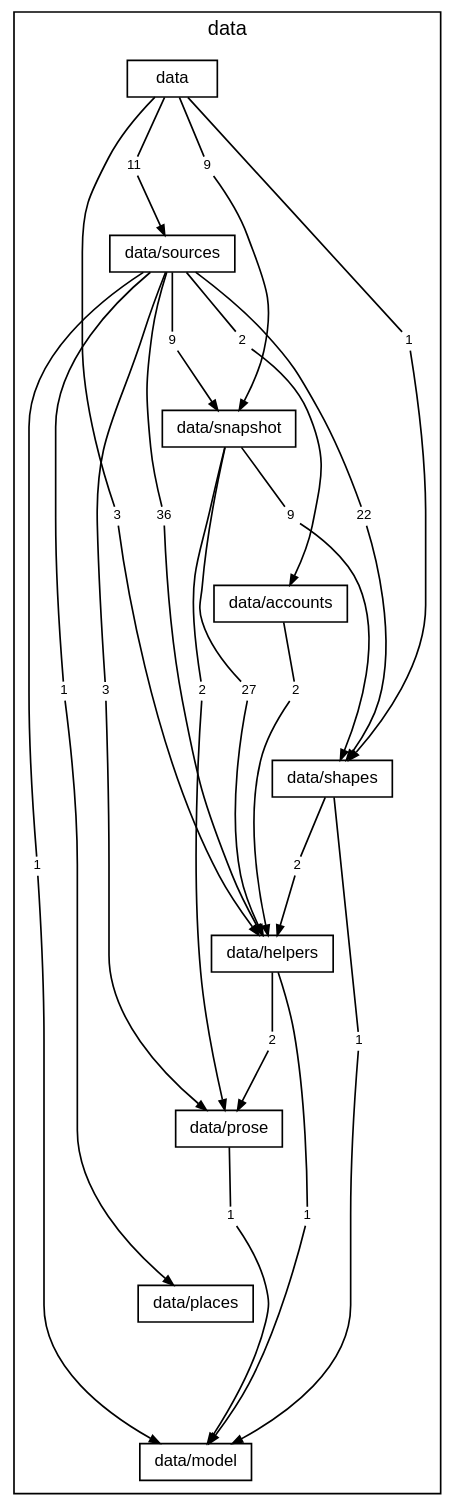
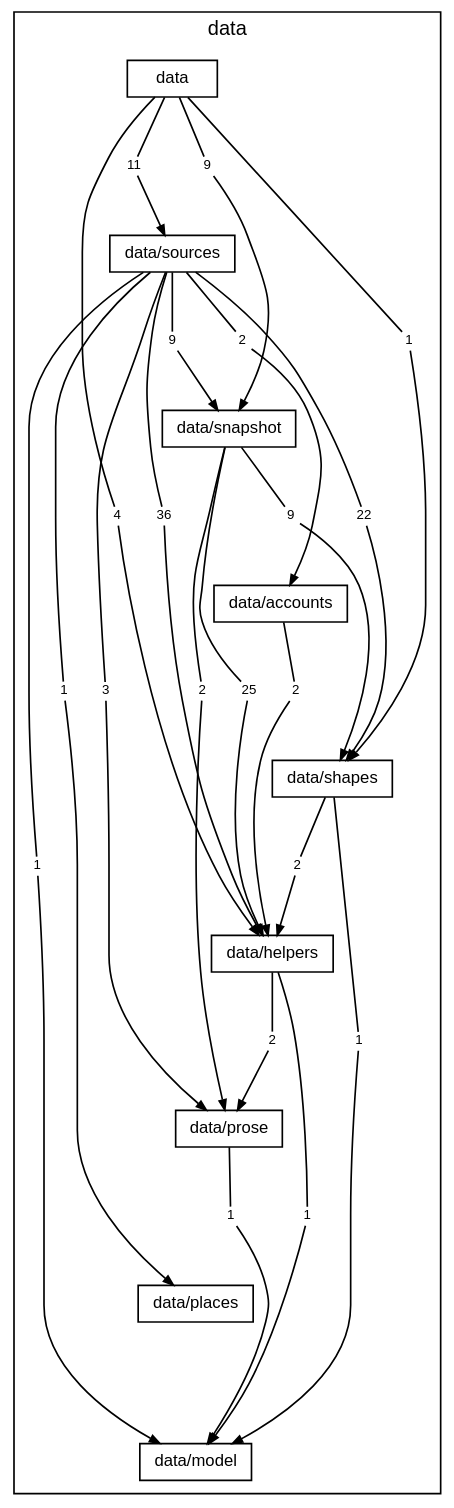
Before and after one commit to TheAxeC/oculus: the diagram in docs/diagrams/layer-data.dot, drawn with Graphviz. The commit also changed 464 other files, not shown here.

```diff
--- a/docs/diagrams/layer-data.dot
+++ b/docs/diagrams/layer-data.dot
@@ -1,85 +1,85 @@
 digraph layer_data {
     graph [bgcolor="transparent", rankdir=TB, newrank=true, mclimit=4, fontname="Helvetica,Arial,sans-serif", fontsize=12, nodesep=0.2, ranksep=0.5];
     node [shape=box, color="black", fontcolor="black", fontname="Helvetica,Arial,sans-serif", fontsize=10, height=0.3, margin="0.12,0.04"];
     edge [color="black", fontcolor="black", fontname="Helvetica,Arial,sans-serif", fontsize=8, arrowsize=0.6];
     subgraph "cluster_data" {
         label="data"; style=solid;
         "folder data" [label="data"];
         "folder data/sources" [label="data/sources"];
         "folder data/snapshot" [label="data/snapshot"];
         "folder data/accounts" [label="data/accounts"];
         "folder data/shapes" [label="data/shapes"];
         "folder data/helpers" [label="data/helpers"];
         "folder data/prose" [label="data/prose"];
         "folder data/places" [label="data/places"];
         "folder data/model" [label="data/model"];
-        "folder data to folder data/helpers" [label="3", shape=box, color="transparent", fontsize=8, width=0, height=0, margin="0.04,0.02"];
+        "folder data to folder data/helpers" [label="4", shape=box, color="transparent", fontsize=8, width=0, height=0, margin="0.04,0.02"];
         "folder data to folder data/shapes" [label="1", shape=box, color="transparent", fontsize=8, width=0, height=0, margin="0.04,0.02"];
         "folder data to folder data/snapshot" [label="9", shape=box, color="transparent", fontsize=8, width=0, height=0, margin="0.04,0.02"];
         "folder data to folder data/sources" [label="11", shape=box, color="transparent", fontsize=8, width=0, height=0, margin="0.04,0.02"];
         "folder data/sources to folder data/accounts" [label="2", shape=box, color="transparent", fontsize=8, width=0, height=0, margin="0.04,0.02"];
         "folder data/sources to folder data/helpers" [label="36", shape=box, color="transparent", fontsize=8, width=0, height=0, margin="0.04,0.02"];
         "folder data/sources to folder data/model" [label="1", shape=box, color="transparent", fontsize=8, width=0, height=0, margin="0.04,0.02"];
         "folder data/sources to folder data/places" [label="1", shape=box, color="transparent", fontsize=8, width=0, height=0, margin="0.04,0.02"];
         "folder data/sources to folder data/prose" [label="3", shape=box, color="transparent", fontsize=8, width=0, height=0, margin="0.04,0.02"];
         "folder data/sources to folder data/shapes" [label="22", shape=box, color="transparent", fontsize=8, width=0, height=0, margin="0.04,0.02"];
         "folder data/sources to folder data/snapshot" [label="9", shape=box, color="transparent", fontsize=8, width=0, height=0, margin="0.04,0.02"];
-        "folder data/snapshot to folder data/helpers" [label="27", shape=box, color="transparent", fontsize=8, width=0, height=0, margin="0.04,0.02"];
+        "folder data/snapshot to folder data/helpers" [label="25", shape=box, color="transparent", fontsize=8, width=0, height=0, margin="0.04,0.02"];
         "folder data/snapshot to folder data/prose" [label="2", shape=box, color="transparent", fontsize=8, width=0, height=0, margin="0.04,0.02"];
         "folder data/snapshot to folder data/shapes" [label="9", shape=box, color="transparent", fontsize=8, width=0, height=0, margin="0.04,0.02"];
         "folder data/accounts to folder data/helpers" [label="2", shape=box, color="transparent", fontsize=8, width=0, height=0, margin="0.04,0.02"];
         "folder data/shapes to folder data/helpers" [label="2", shape=box, color="transparent", fontsize=8, width=0, height=0, margin="0.04,0.02"];
         "folder data/shapes to folder data/model" [label="1", shape=box, color="transparent", fontsize=8, width=0, height=0, margin="0.04,0.02"];
         "folder data/helpers to folder data/model" [label="1", shape=box, color="transparent", fontsize=8, width=0, height=0, margin="0.04,0.02"];
         "folder data/helpers to folder data/prose" [label="2", shape=box, color="transparent", fontsize=8, width=0, height=0, margin="0.04,0.02"];
         "folder data/prose to folder data/model" [label="1", shape=box, color="transparent", fontsize=8, width=0, height=0, margin="0.04,0.02"];
     }
     "folder data" -> "folder data/sources" [style=invis, weight=10, minlen=2];
     "folder data/sources" -> "folder data/snapshot" [style=invis, weight=10, minlen=2];
     "folder data/snapshot" -> "folder data/accounts" [style=invis, weight=10, minlen=2];
     "folder data/accounts" -> "folder data/shapes" [style=invis, weight=10, minlen=2];
     "folder data/shapes" -> "folder data/helpers" [style=invis, weight=10, minlen=2];
     "folder data/helpers" -> "folder data/prose" [style=invis, weight=10, minlen=2];
     "folder data/prose" -> "folder data/places" [style=invis, weight=10, minlen=2];
     "folder data/places" -> "folder data/model" [style=invis, weight=10, minlen=2];
     "folder data" -> "folder data to folder data/helpers" [arrowhead=none, minlen=5, weight=10];
     "folder data to folder data/helpers" -> "folder data/helpers" [];
     "folder data" -> "folder data to folder data/shapes" [arrowhead=none, minlen=3, weight=10];
     "folder data to folder data/shapes" -> "folder data/shapes" [];
     "folder data" -> "folder data to folder data/snapshot" [arrowhead=none, minlen=1, weight=10];
     "folder data to folder data/snapshot" -> "folder data/snapshot" [];
     "folder data" -> "folder data to folder data/sources" [arrowhead=none, minlen=1, weight=10];
     "folder data to folder data/sources" -> "folder data/sources" [];
     "folder data/sources" -> "folder data/sources to folder data/accounts" [arrowhead=none, minlen=1, weight=10];
     "folder data/sources to folder data/accounts" -> "folder data/accounts" [];
     "folder data/sources" -> "folder data/sources to folder data/helpers" [arrowhead=none, minlen=3, weight=10];
     "folder data/sources to folder data/helpers" -> "folder data/helpers" [];
     "folder data/sources" -> "folder data/sources to folder data/model" [arrowhead=none, minlen=7, weight=10];
     "folder data/sources to folder data/model" -> "folder data/model" [];
     "folder data/sources" -> "folder data/sources to folder data/places" [arrowhead=none, minlen=5, weight=10];
     "folder data/sources to folder data/places" -> "folder data/places" [];
     "folder data/sources" -> "folder data/sources to folder data/prose" [arrowhead=none, minlen=5, weight=10];
     "folder data/sources to folder data/prose" -> "folder data/prose" [];
     "folder data/sources" -> "folder data/sources to folder data/shapes" [arrowhead=none, minlen=3, weight=10];
     "folder data/sources to folder data/shapes" -> "folder data/shapes" [];
     "folder data/sources" -> "folder data/sources to folder data/snapshot" [arrowhead=none, minlen=1, weight=10];
     "folder data/sources to folder data/snapshot" -> "folder data/snapshot" [];
     "folder data/snapshot" -> "folder data/snapshot to folder data/helpers" [arrowhead=none, minlen=3, weight=10];
     "folder data/snapshot to folder data/helpers" -> "folder data/helpers" [];
     "folder data/snapshot" -> "folder data/snapshot to folder data/prose" [arrowhead=none, minlen=3, weight=10];
     "folder data/snapshot to folder data/prose" -> "folder data/prose" [];
     "folder data/snapshot" -> "folder data/snapshot to folder data/shapes" [arrowhead=none, minlen=1, weight=10];
     "folder data/snapshot to folder data/shapes" -> "folder data/shapes" [];
     "folder data/accounts" -> "folder data/accounts to folder data/helpers" [arrowhead=none, minlen=1, weight=10];
     "folder data/accounts to folder data/helpers" -> "folder data/helpers" [];
     "folder data/shapes" -> "folder data/shapes to folder data/helpers" [arrowhead=none, minlen=1, weight=10];
     "folder data/shapes to folder data/helpers" -> "folder data/helpers" [];
     "folder data/shapes" -> "folder data/shapes to folder data/model" [arrowhead=none, minlen=3, weight=10];
     "folder data/shapes to folder data/model" -> "folder data/model" [];
     "folder data/helpers" -> "folder data/helpers to folder data/model" [arrowhead=none, minlen=3, weight=10];
     "folder data/helpers to folder data/model" -> "folder data/model" [];
     "folder data/helpers" -> "folder data/helpers to folder data/prose" [arrowhead=none, minlen=1, weight=10];
     "folder data/helpers to folder data/prose" -> "folder data/prose" [];
     "folder data/prose" -> "folder data/prose to folder data/model" [arrowhead=none, minlen=1, weight=10];
     "folder data/prose to folder data/model" -> "folder data/model" [];
 }
```
